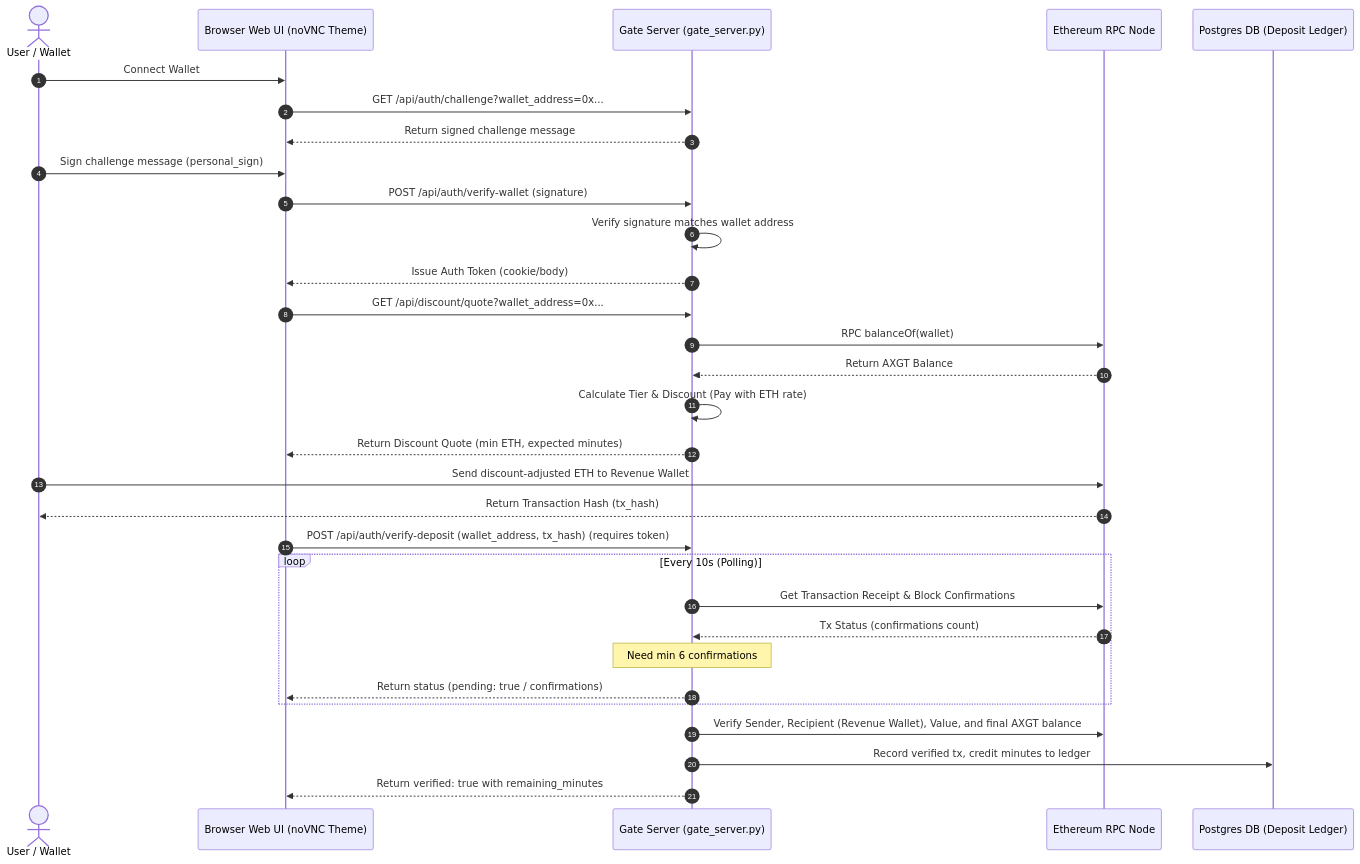
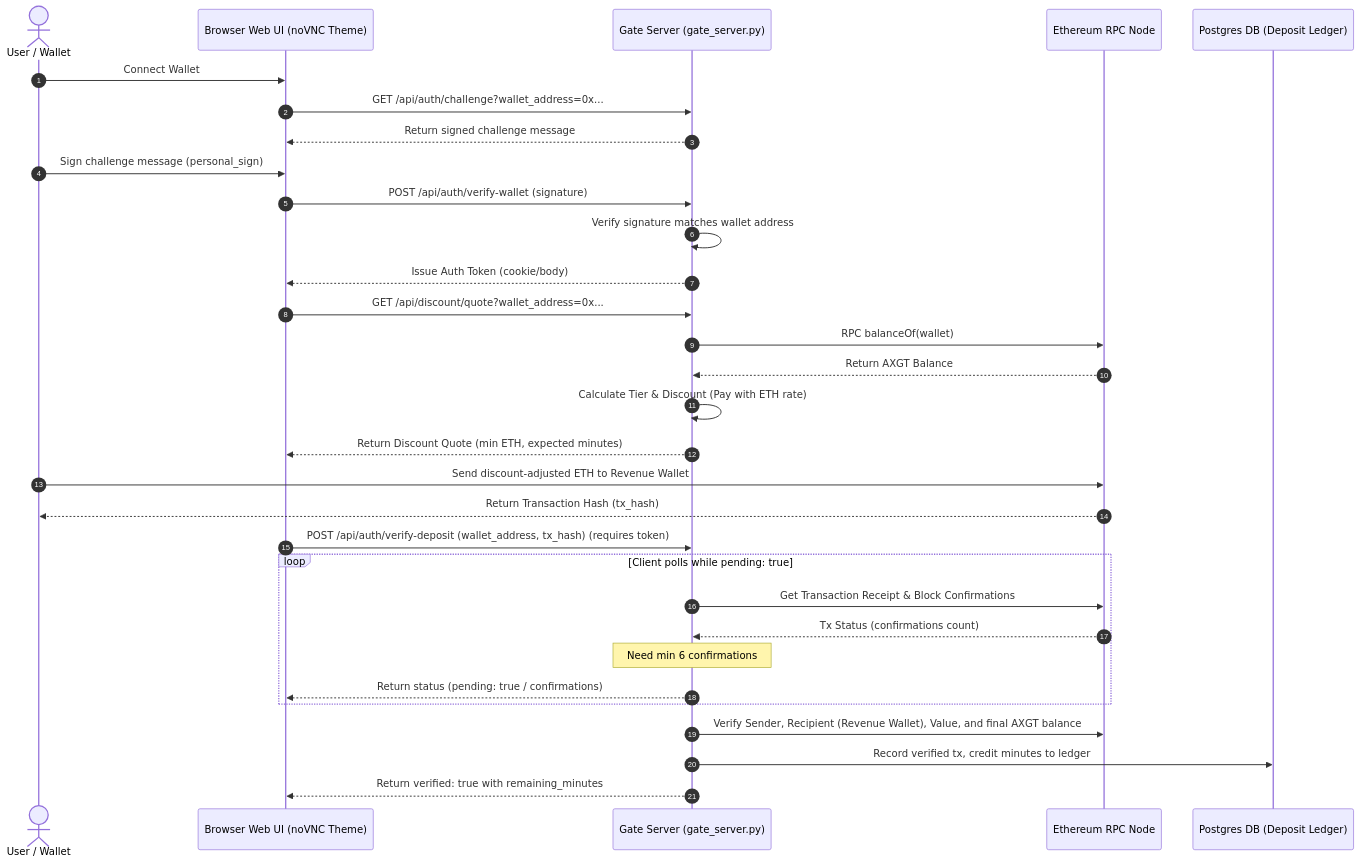
One commit to AXDT-INC/AxonOS changed the second of 3 diagrams in docs/axonos_user_flow.md. Above: the diagram before and after it, drawn with Mermaid. The commit also changed other lines of this file and 33 other files, not shown here.

````diff
--- a/docs/axonos_user_flow.md
+++ b/docs/axonos_user_flow.md
@@ -29,37 +31,37 @@
 ```mermaid
 sequenceDiagram
     autonumber
     actor User as User / Wallet
     participant UI as Browser Web UI (noVNC Theme)
     participant Gate as Gate Server (gate_server.py)
     participant Eth as Ethereum RPC Node
     participant DB as Postgres DB (Deposit Ledger)
 
     %% Authentication
     User->>UI: Connect Wallet
     UI->>Gate: GET /api/auth/challenge?wallet_address=0x...
     Gate-->>UI: Return signed challenge message
     User->>UI: Sign challenge message (personal_sign)
     UI->>Gate: POST /api/auth/verify-wallet (signature)
     Gate->>Gate: Verify signature matches wallet address
     Gate-->>UI: Issue Auth Token (cookie/body)
 
     %% Deposit / Credit Verification
     UI->>Gate: GET /api/discount/quote?wallet_address=0x...
     Gate->>Eth: RPC balanceOf(wallet)
     Eth-->>Gate: Return AXGT Balance
     Gate->>Gate: Calculate Tier & Discount (Pay with ETH rate)
     Gate-->>UI: Return Discount Quote (min ETH, expected minutes)
     User->>Eth: Send discount-adjusted ETH to Revenue Wallet
     Eth-->>User: Return Transaction Hash (tx_hash)
     UI->>Gate: POST /api/auth/verify-deposit (wallet_address, tx_hash) (requires token)
-    loop Every 10s (Polling)
+    loop Client polls while pending: true
         Gate->>Eth: Get Transaction Receipt & Block Confirmations
         Eth-->>Gate: Tx Status (confirmations count)
         Note over Gate: Need min 6 confirmations
         Gate-->>UI: Return status (pending: true / confirmations)
     end
     Gate->>Eth: Verify Sender, Recipient (Revenue Wallet), Value, and final AXGT balance
     Gate->>DB: Record verified tx, credit minutes to ledger
     Gate-->>UI: Return verified: true with remaining_minutes
 ```
````
